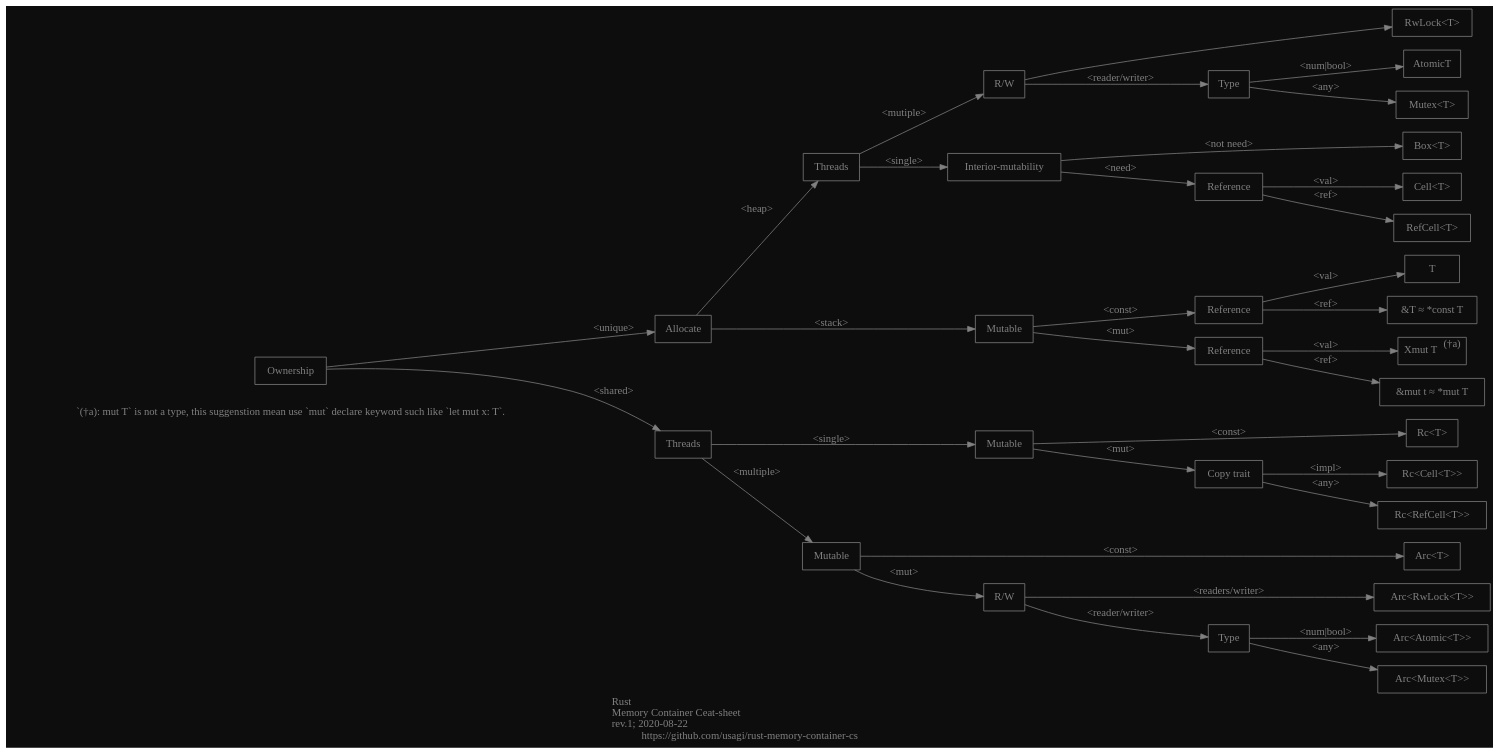
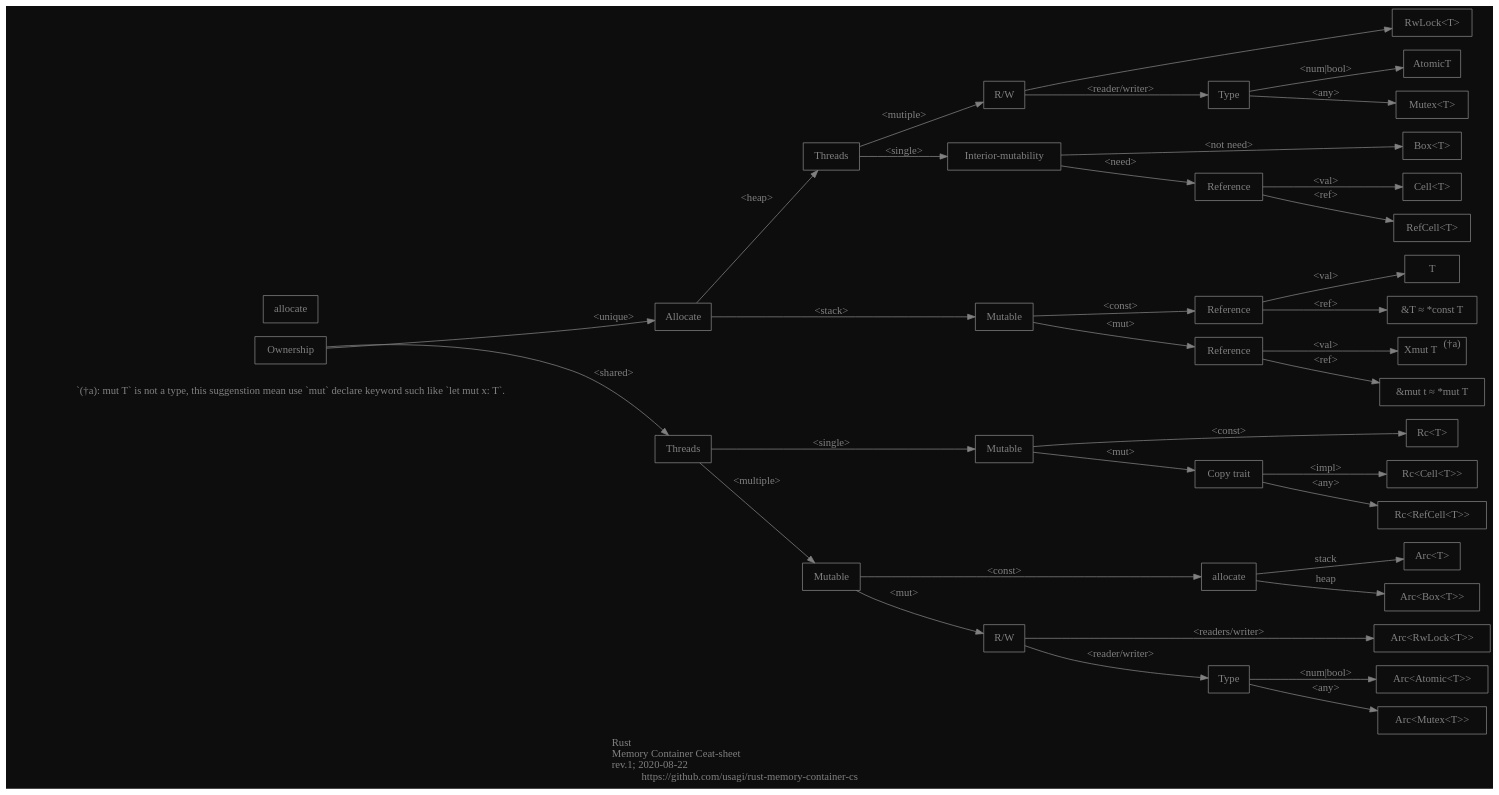
One commit to lengyijun/rust-memory-container- changed the diagram in hello.dot. Above: the diagram before and after it, drawn with Graphviz.

Commit message:
Arc<Box<T>>

```diff
--- a/hello.dot
+++ b/hello.dot
@@ -1,136 +1,144 @@
 // Note:
 //  - .dot version is not the original source.
 //  - .dot version is so experimentally.
 //    - The original author don't know, help wanted:
 //      - How to position the bottom note(daggers)?
 //      - How to position the title to the left-bottom?
 //      - How to position the label of an edge?
 //      - Is it possible without hard complex magic number-ed source codes?
 //        - Thus, this is so experimentally added with very basic source code for now.
 digraph _
 {
  label="Rust\lMemory Container Ceat-sheet\lrev.1; 2020-08-22\lhttps://github.com/usagi/rust-memory-container-cs"
  fontcolor="#808080"
 
  graph
  [
   rankdir="LR"
   bgcolor="#0D0D0D"
  ]
 
  node
  [
   fontnames=""
   shape="box"
   color="#808080"
   fontcolor="#808080"
  ]
 
  edge
  [
   fontcolor="#808080"
   color="#808080"
   shape=line
  ]
 
  // Notes
 
  //{
   //rank=sink // <- not work in vscode preview with the "Graphviz (dot) language support for Visual Studio Code"
 
   daggar_a
   [
    label="`(†a): mut T` is not a type, this suggenstion mean use `mut` declare keyword such like `let mut x: T`."
    shape=plaintext
   ]
  //}
 
  // Labels, the right columns
 
  t              [label="T" width=1]
  ref_t          [label="&T ≈ *const T" width=1]
  mut_t          [label=<Xmut T<SUP>(†a)</SUP>>]
  ref_mut_t      [label="&mut t ≈ *mut T"]
  box_t          [label="Box<T>"]
  cell_t         [label="Cell<T>"]
  ref_cell_t     [label="RefCell<T>"]
  atomic_t       [label="AtomicT"]
  mutex_t        [label="Mutex<T>"]
  r_w_lock_t     [label="RwLock<T>"]
  rc_t           [label="Rc<T>"]
  rc_cell_t      [label="Rc<Cell<T>>"]
  rc_ref_cell_t  [label="Rc<RefCell<T>>"]
  arc_t          [label="Arc<T>"]
  arc_atomic_t   [label="Arc<Atomic<T>>"]
  arc_mutex_t    [label="Arc<Mutex<T>>"]
  arc_r_w_lock_t [label="Arc<RwLock<T>>"]
 
+ arc_box_t    [label="Arc<Box<T>>"]
+
  { rank=same
    t ref_t mut_t ref_mut_t
    box_t cell_t ref_cell_t
    atomic_t mutex_t r_w_lock_t
    rc_t rc_cell_t rc_ref_cell_t
    arc_t arc_atomic_t arc_mutex_t arc_r_w_lock_t
+   arc_box_t
  }
 
  // Labels, the option boxes
+
+ allocate_arc_1      [label="allocate"]
+ allocate_arc_2      [label="allocate"]
 
  ownership           [label="Ownership"]
  allocate            [label="Allocate"]
  threads_0           [label="Threads"]
  threads_1           [label="Threads"]
  r_w_0               [label="R/W"]
  r_w_1               [label="R/W"]
  mutable_0           [label="Mutable"]
  mutable_1           [label="Mutable"]
  mutable_2           [label="Mutable"]
  interior_mutability [label="Interior-mutability"]
  reference_0         [label="Reference"]
  reference_1         [label="Reference"]
  reference_2         [label="Reference"]
  reference_3         [label="Copy trait"]
  type_0              [label="Type"]
  type_1              [label="Type"]
 
  // Edges
 
  ownership -> allocate      [label="<unique>"]
   allocate -> mutable_0     [label="<stack>"]
    mutable_0 -> reference_0 [label="<const>"]
     reference_0 -> t        [label="<val>"]
     reference_0 -> ref_t    [label="<ref>"]
 
    mutable_0 -> reference_1  [label="<mut>"]
     reference_1 -> mut_t     [label="<val>"]
     reference_1 -> ref_mut_t [label="<ref>"]
 
   allocate -> threads_0                [label="<heap>"]
    threads_0 -> interior_mutability    [label="<single>"]
     interior_mutability -> box_t       [label="<not need>"]
     interior_mutability -> reference_2 [label="<need>"]
      reference_2 -> cell_t             [label="<val>"]
      reference_2 -> ref_cell_t         [label="<ref>"]
 
    threads_0 -> r_w_0   [label="<mutiple>"]
     r_w_0 -> type_0     [label="<reader/writer>"]
      type_0 -> atomic_t [label="<num|bool>"]
      type_0 -> mutex_t  [label="<any>"]
 
     r_w_0 -> r_w_lock_t
 
   ownership -> threads_1          [label="<shared>"]
    threads_1 -> mutable_1         [label="<single>"]
     mutable_1 -> rc_t             [label="<const>"]
     mutable_1 -> reference_3      [label="<mut>"]
      reference_3 -> rc_cell_t     [label="<impl>"]
      reference_3 -> rc_ref_cell_t [label="<any>"]
 
    threads_1 -> mutable_2    [label="<multiple>"]
-    mutable_2 -> arc_t       [label="<const>"]
+    mutable_2 -> allocate_arc_1 [label="<const>"]
+    allocate_arc_1 ->arc_t [label="stack"]
+    allocate_arc_1 ->arc_box_t [label="heap"]
     mutable_2 -> r_w_1       [label="<mut>"]
      r_w_1 -> type_1         [label="<reader/writer>"]
       type_1 -> arc_atomic_t [label="<num|bool>"]
       type_1 -> arc_mutex_t  [label="<any>"]
      r_w_1 -> arc_r_w_lock_t [label="<readers/writer>"]
 
 }
```
